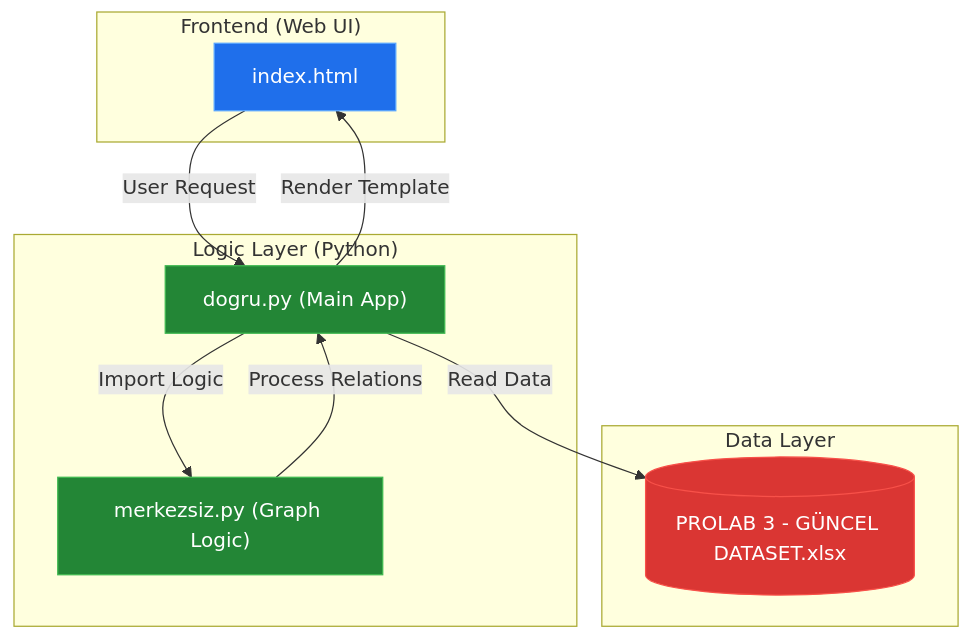
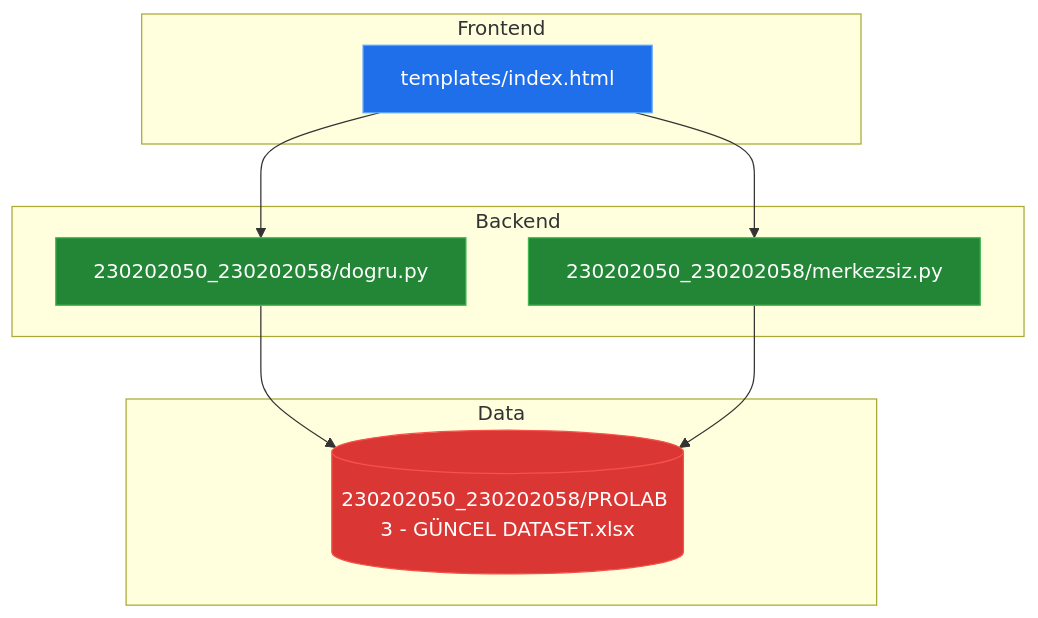
Before and after one commit to YusuffBulbul/Python-Makale-Yazar-liskisi-Graf: the first of 2 diagrams in README_ARCH.md, drawn with Mermaid. The commit also changed other lines of this file, not shown here.

Commit message:
docs: update architecture blueprint and code review (2026-09-07)

````diff
--- a/README_ARCH.md
+++ b/README_ARCH.md
@@ -20,27 +20,22 @@
 ```mermaid
 flowchart TD
-    subgraph Frontend ["Frontend (Web UI)"]
-        UI["index.html"]
-    end
-
-    subgraph Backend ["Logic Layer (Python)"]
-        APP["dogru.py (Main App)"]
-        CALC["merkezsiz.py (Graph Logic)"]
-    end
-
-    subgraph Data ["Data Layer"]
-        DB[("PROLAB 3 - GÜNCEL DATASET.xlsx")]
-    end
-
-    UI -->|"User Request"| APP
-    APP -->|"Import Logic"| CALC
-    APP -->|"Read Data"| DB
-    CALC -->|"Process Relations"| APP
-    APP -->|"Render Template"| UI
-
-    style UI fill:#1f6feb,stroke:#58a6ff,color:#fff
-    style APP fill:#238636,stroke:#3fb950,color:#fff
-    style CALC fill:#238636,stroke:#3fb950,color:#fff
-    style DB fill:#da3633,stroke:#f85149,color:#fff
+subgraph Frontend
+FE["templates/index.html"]
+end
+subgraph Backend
+BE1["230202050_230202058/dogru.py"]
+BE2["230202050_230202058/merkezsiz.py"]
+end
+subgraph Data
+DB1[("230202050_230202058/PROLAB 3 - GÜNCEL DATASET.xlsx")]
+end
+FE --> BE1
+FE --> BE2
+BE1 --> DB1
+BE2 --> DB1
+style FE fill:#1f6feb,stroke:#58a6ff,color:#fff
+style BE1 fill:#238636,stroke:#3fb950,color:#fff
+style BE2 fill:#238636,stroke:#3fb950,color:#fff
+style DB1 fill:#da3633,stroke:#f85149,color:#fff
 
 ```
````
